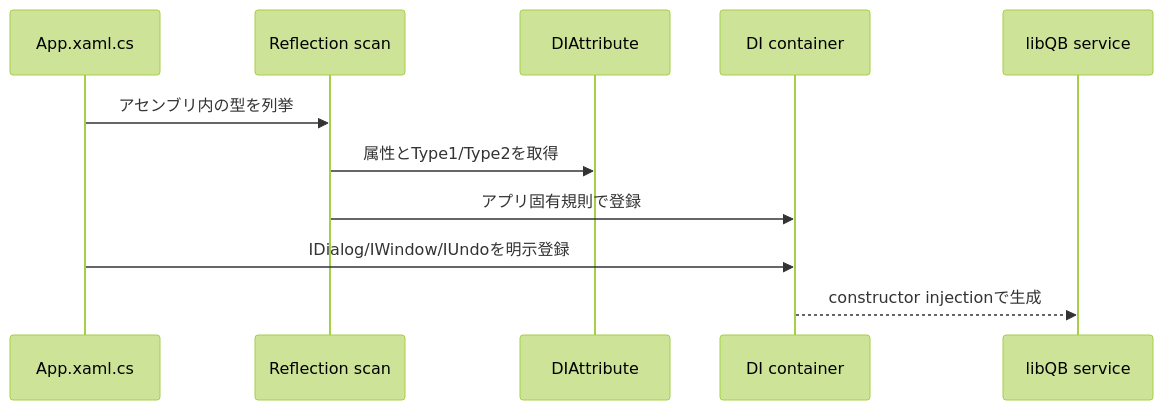
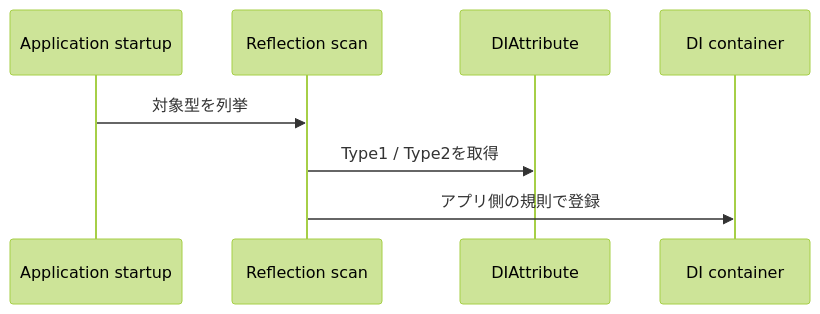
One commit to MinMax25/libQB changed the second of 6 diagrams in docs/Architecture.md. Above: the diagram before and after it, drawn with Mermaid (forest theme). The commit also changed other lines of this file and 3 other files, not shown here.

````diff
--- a/docs/Architecture.md
+++ b/docs/Architecture.md
@@ -77,14 +52,11 @@
 ```mermaid
 sequenceDiagram
-    participant App as App.xaml.cs
+    participant App as Application startup
     participant Scan as Reflection scan
     participant Attr as DIAttribute
     participant DI as DI container
-    participant Service as libQB service
 
-    App->>Scan: アセンブリ内の型を列挙
-    Scan->>Attr: 属性とType1/Type2を取得
-    Scan->>DI: アプリ固有規則で登録
-    App->>DI: IDialog/IWindow/IUndoを明示登録
-    DI-->>Service: constructor injectionで生成
+    App->>Scan: 対象型を列挙
+    Scan->>Attr: Type1 / Type2を取得
+    Scan->>DI: アプリ側の規則で登録
 ```
````
